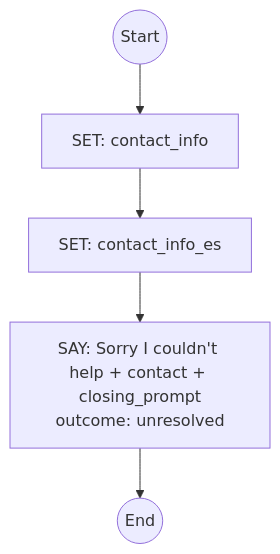
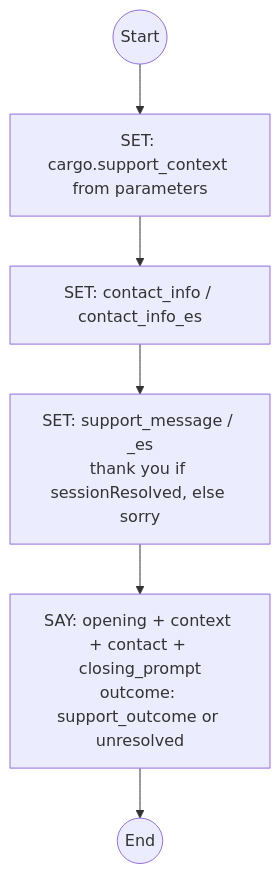
Before and after one commit to ronpinkas/jsfe: the third of 14 diagrams in docs/system-flows.md, drawn with Mermaid. The commit also changed other lines of this file and 1 other file, not shown here.

Commit message:
docs: system and Shopify flow pages match the bundled flows (live-agent-requested 1.6.0, authenticate-user 1.2.0, otp-sms-failed, otp-text-undeliverable, contact-support 1.2.0, OTP code flows, shopify-product-search 1.1.1)

````diff
--- a/docs/system-flows.md
+++ b/docs/system-flows.md
@@ -118,7 +147,8 @@
 ```mermaid
 graph TD
-    start((Start)) --> set_contact_info[SET: contact_info]
-    set_contact_info --> set_contact_info_es[SET: contact_info_es]
-    set_contact_info_es --> say_support_message["SAY: Sorry I couldn't help + contact + closing_prompt<br/>outcome: unresolved"]
+    start((Start)) --> take_context[SET: cargo.support_context from parameters]
+    take_context --> set_contact_info[SET: contact_info / contact_info_es]
+    set_contact_info --> set_support_message["SET: support_message / _es<br/>thank you if sessionResolved, else sorry"]
+    set_support_message --> say_support_message["SAY: opening + context + contact + closing_prompt<br/>outcome: support_outcome or unresolved"]
     say_support_message --> stop((End))
 ```
````
